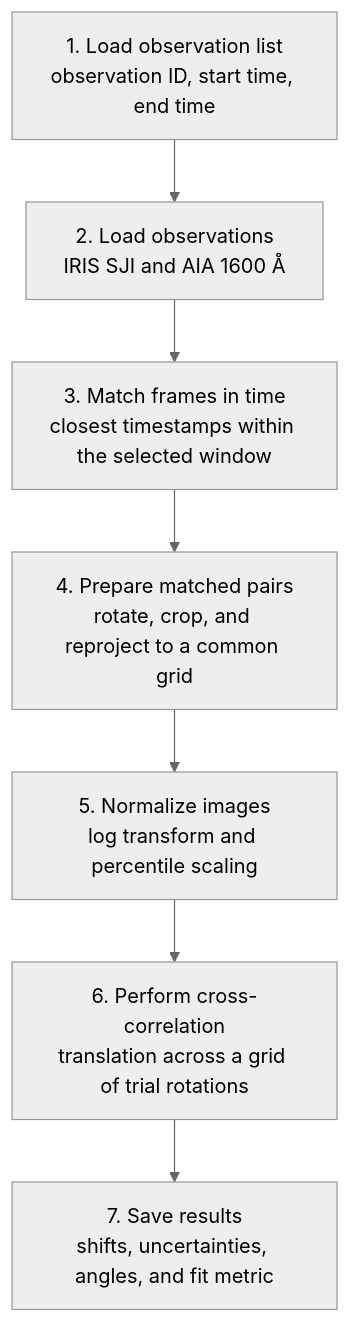
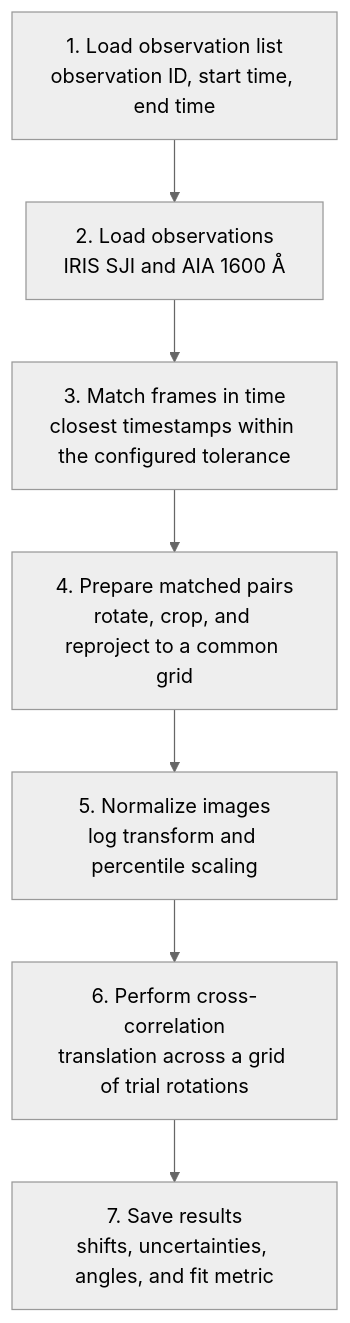
The diagram in README.md (diegoleiser/iris-aia-rhessi-coalignment), drawn with Mermaid (neutral theme) before and after one commit. The commit also changed other lines of this file and 7 other files, not shown here.

````diff
--- a/README.md
+++ b/README.md
@@ -62,12 +62,12 @@
 ```mermaid
 flowchart TD
     A["1. Load observation list<br/>observation ID, start time, end time"]
     B["2. Load observations<br/>IRIS SJI and AIA 1600 Å"]
-    C["3. Match frames in time<br/>closest timestamps within the selected window"]
+    C["3. Match frames in time<br/>closest timestamps within the configured tolerance"]
     D["4. Prepare matched pairs<br/>rotate, crop, and reproject to a common grid"]
     E["5. Normalize images<br/>log transform and percentile scaling"]
     F["6. Perform cross-correlation<br/>translation across a grid of trial rotations"]
     G["7. Save results<br/>shifts, uncertainties, angles, and fit metric"]
 
     A --> B --> C --> D --> E --> F --> G
 ```
````
